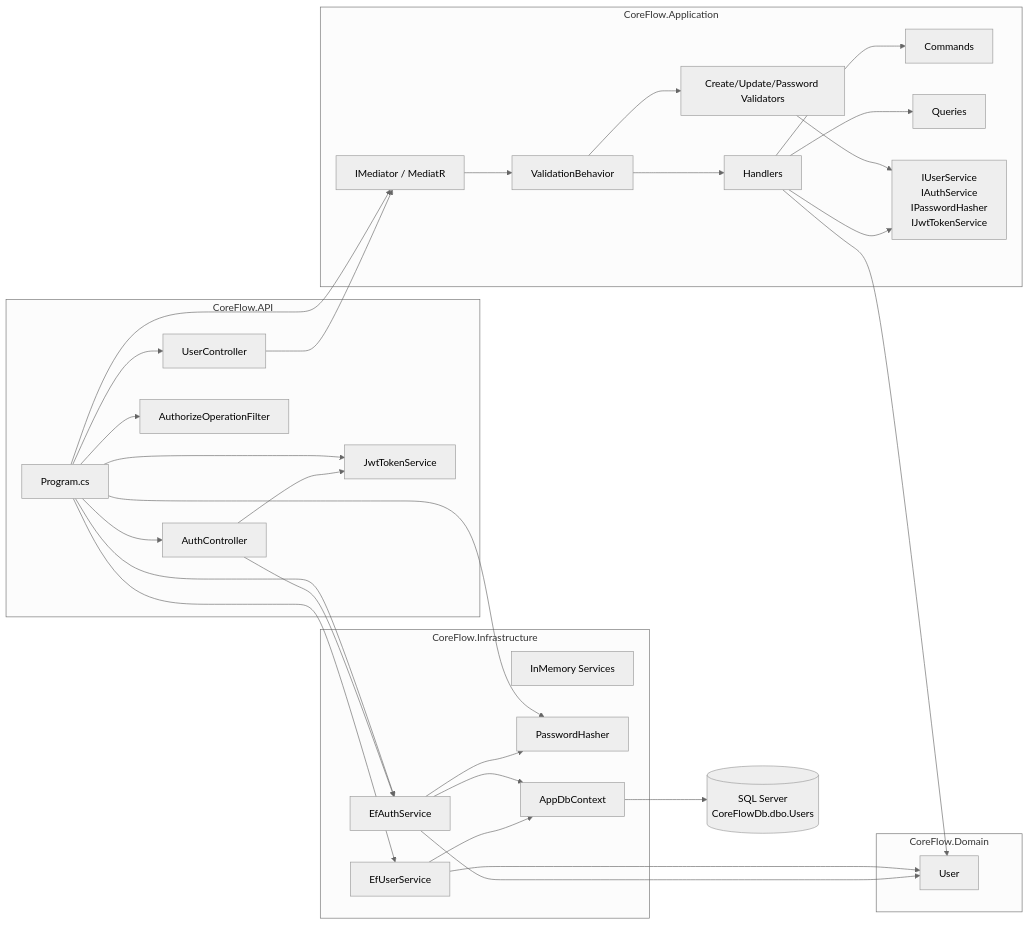
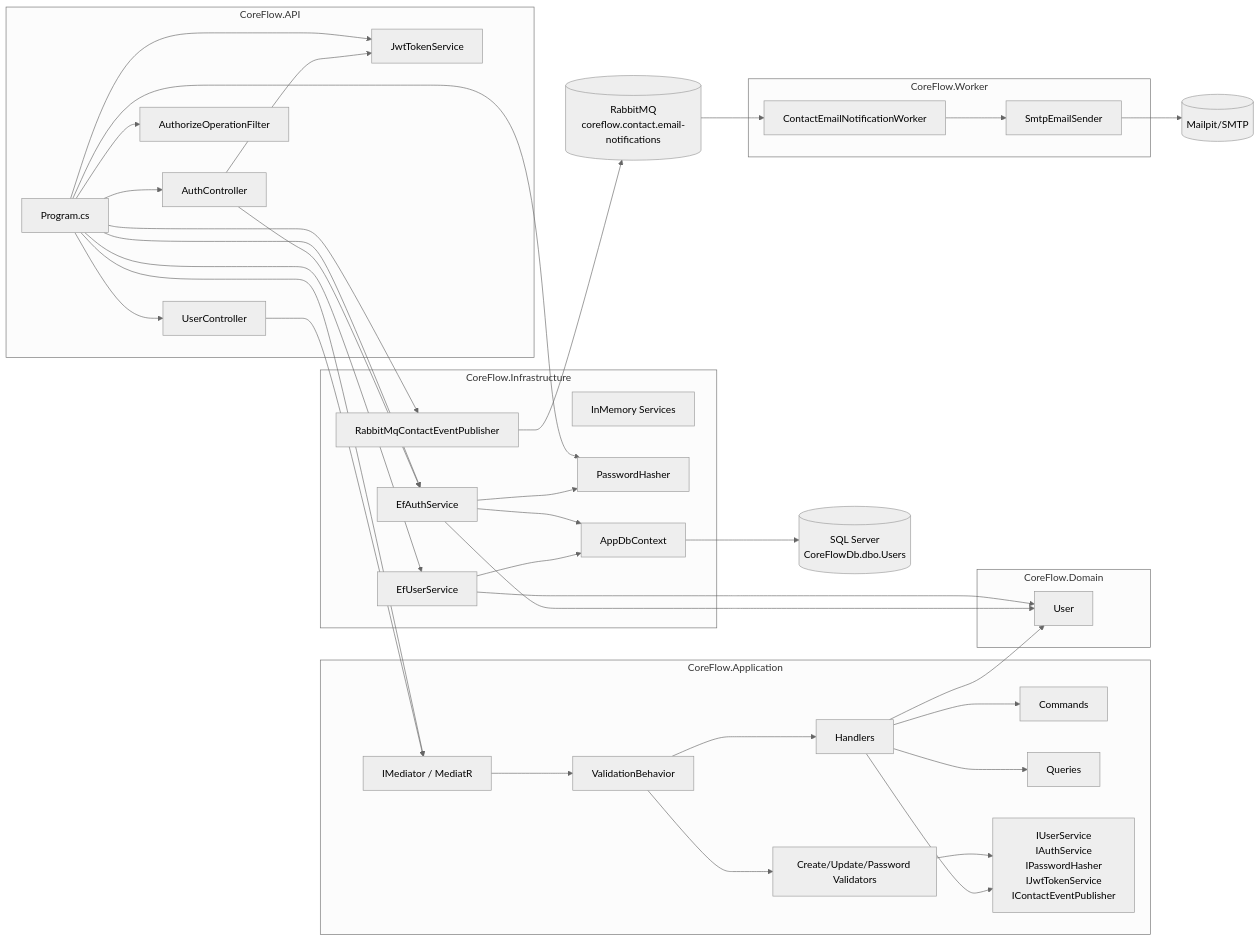
The second of 4 diagrams in CoreFlow/docs/documentacao-tecnica-coreflow-backend.md (george-marcone/AgendaApi), drawn with Mermaid (neutral theme) before and after one commit. The commit also changed other lines of this file and 37 other files, not shown here.

````diff
--- a/CoreFlow/docs/documentacao-tecnica-coreflow-backend.md
+++ b/CoreFlow/docs/documentacao-tecnica-coreflow-backend.md
@@ -412,62 +590,75 @@
 ```mermaid
 flowchart LR
     subgraph API[CoreFlow.API]
         AuthController[AuthController]
         UserController[UserController]
         JwtTokenService[JwtTokenService]
         SwaggerFilter[AuthorizeOperationFilter]
         Program[Program.cs]
     end
 
     subgraph Application[CoreFlow.Application]
         Mediator[IMediator / MediatR]
         ValidationBehavior[ValidationBehavior]
         Validators[Create/Update/Password Validators]
         Commands[Commands]
         Queries[Queries]
         Handlers[Handlers]
-        Interfaces[IUserService<br/>IAuthService<br/>IPasswordHasher<br/>IJwtTokenService]
+        Interfaces[IUserService<br/>IAuthService<br/>IPasswordHasher<br/>IJwtTokenService<br/>IContactEventPublisher]
     end
 
     subgraph Domain[CoreFlow.Domain]
         User[User]
     end
 
     subgraph Infrastructure[CoreFlow.Infrastructure]
         EfUserService[EfUserService]
         EfAuthService[EfAuthService]
         InMemoryServices[InMemory Services]
         PasswordHasher[PasswordHasher]
+        RabbitPublisher[RabbitMqContactEventPublisher]
         AppDbContext[AppDbContext]
     end
 
+    subgraph Worker[CoreFlow.Worker]
+        EmailWorker[ContactEmailNotificationWorker]
+        SmtpSender[SmtpEmailSender]
+    end
+
     Db[(SQL Server<br/>CoreFlowDb.dbo.Users)]
+    Rabbit[(RabbitMQ<br/>coreflow.contact.email-notifications)]
+    Mailpit[(Mailpit/SMTP)]
 
     Program --> AuthController
     Program --> UserController
     Program --> Mediator
     Program --> JwtTokenService
     Program --> EfUserService
     Program --> EfAuthService
     Program --> PasswordHasher
+    Program --> RabbitPublisher
     Program --> SwaggerFilter
 
     UserController --> Mediator
     Mediator --> ValidationBehavior
     ValidationBehavior --> Validators
     Validators --> Interfaces
     ValidationBehavior --> Handlers
     Handlers --> Commands
     Handlers --> Queries
     Handlers --> Interfaces
     Handlers --> User
 
     AuthController --> EfAuthService
     AuthController --> JwtTokenService
     EfAuthService --> PasswordHasher
     EfAuthService --> AppDbContext
     EfUserService --> AppDbContext
+    RabbitPublisher --> Rabbit
+    Rabbit --> EmailWorker
+    EmailWorker --> SmtpSender
+    SmtpSender --> Mailpit
     AppDbContext --> Db
     EfUserService --> User
     EfAuthService --> User
 ```
````
